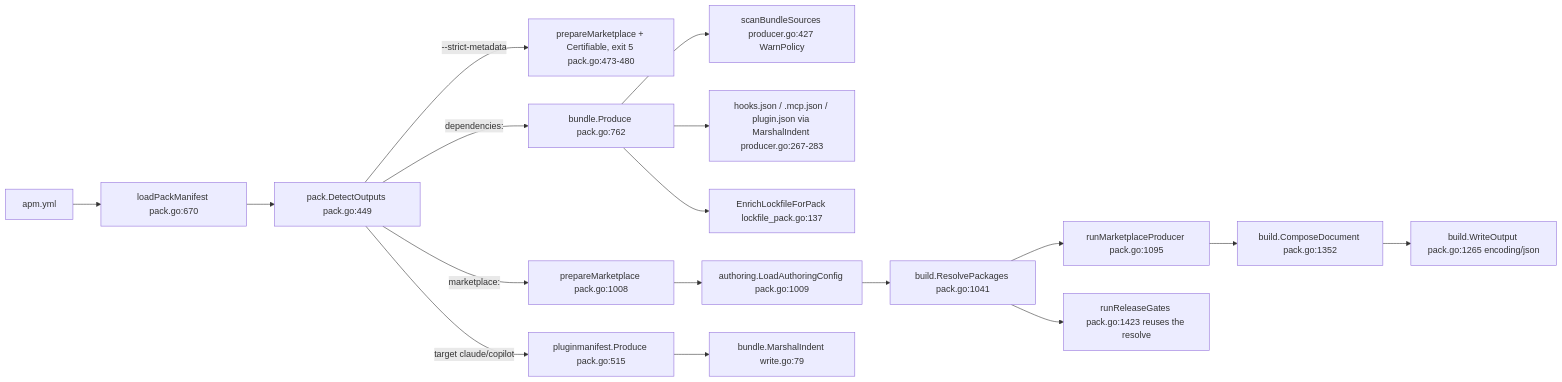
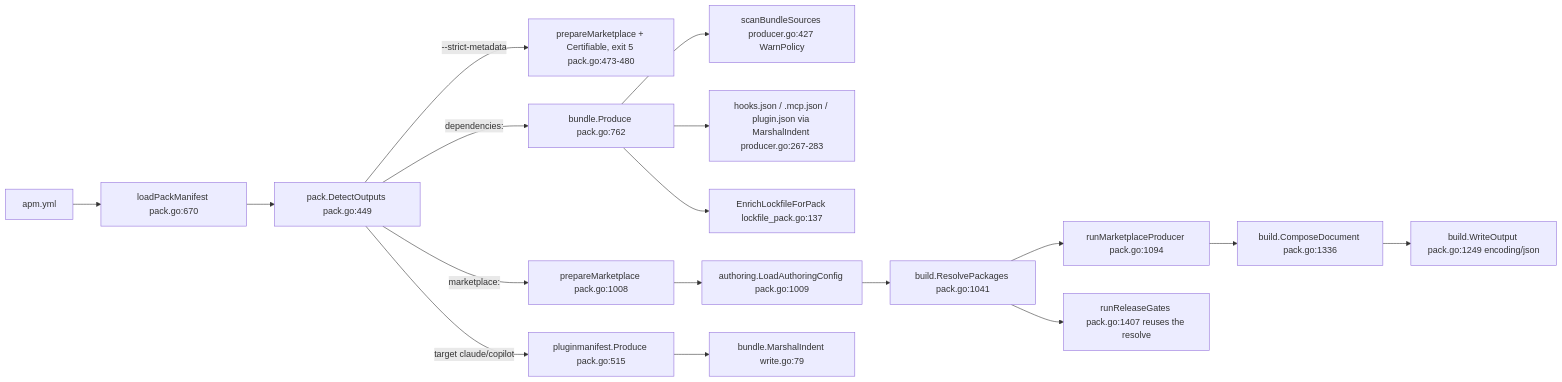
One commit to gn00678465/apm-go changed the third of 4 diagrams in ARCHITECTURE.md. Above: the diagram before and after it, drawn with Mermaid. The commit also changed other lines of this file and 11 other files, not shown here.

````diff
--- a/ARCHITECTURE.md
+++ b/ARCHITECTURE.md
@@ -121,19 +121,19 @@
 ```mermaid
 flowchart LR
   A[apm.yml] --> B[loadPackManifest pack.go:670]
   B --> C[pack.DetectOutputs pack.go:449]
   C -->|--strict-metadata| S[prepareMarketplace + Certifiable, exit 5 pack.go:473-480]
   C -->|dependencies:| D[bundle.Produce pack.go:762]
   C -->|marketplace:| E[prepareMarketplace pack.go:1008]
   C -->|target claude/copilot| F[pluginmanifest.Produce pack.go:515]
   D --> D1[scanBundleSources producer.go:427 WarnPolicy]
   D --> D2[hooks.json / .mcp.json / plugin.json via MarshalIndent producer.go:267-283]
   D --> D3[EnrichLockfileForPack lockfile_pack.go:137]
   E --> E1[authoring.LoadAuthoringConfig pack.go:1009]
   E1 --> E2[build.ResolvePackages pack.go:1041]
-  E2 --> P[runMarketplaceProducer pack.go:1095]
-  P --> E3[build.ComposeDocument pack.go:1352]
-  E3 --> E4[build.WriteOutput pack.go:1265 encoding/json]
-  E2 --> G[runReleaseGates pack.go:1423 reuses the resolve]
+  E2 --> P[runMarketplaceProducer pack.go:1094]
+  P --> E3[build.ComposeDocument pack.go:1336]
+  E3 --> E4[build.WriteOutput pack.go:1249 encoding/json]
+  E2 --> G[runReleaseGates pack.go:1407 reuses the resolve]
   F --> F1[bundle.MarshalIndent write.go:79]
 ```
````
